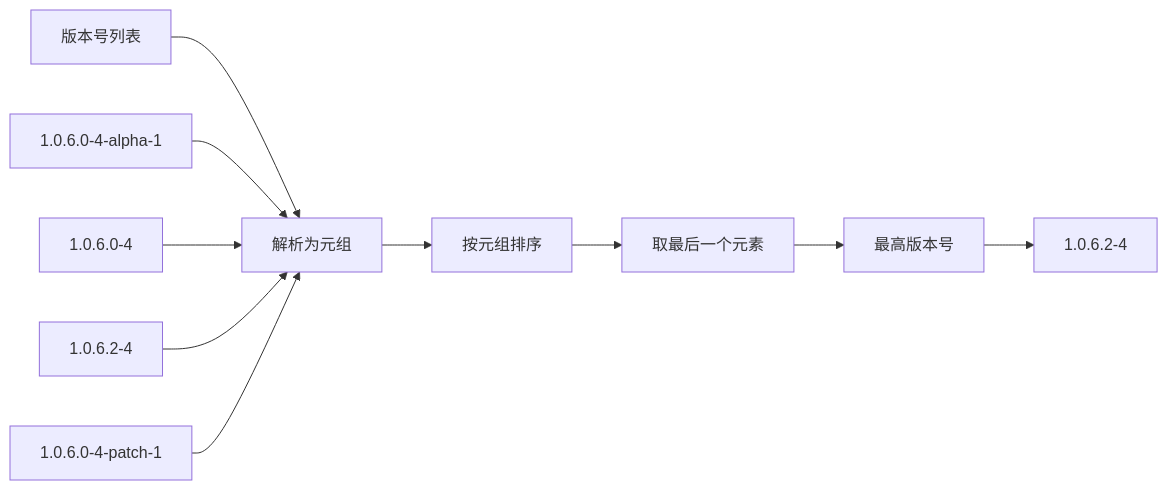
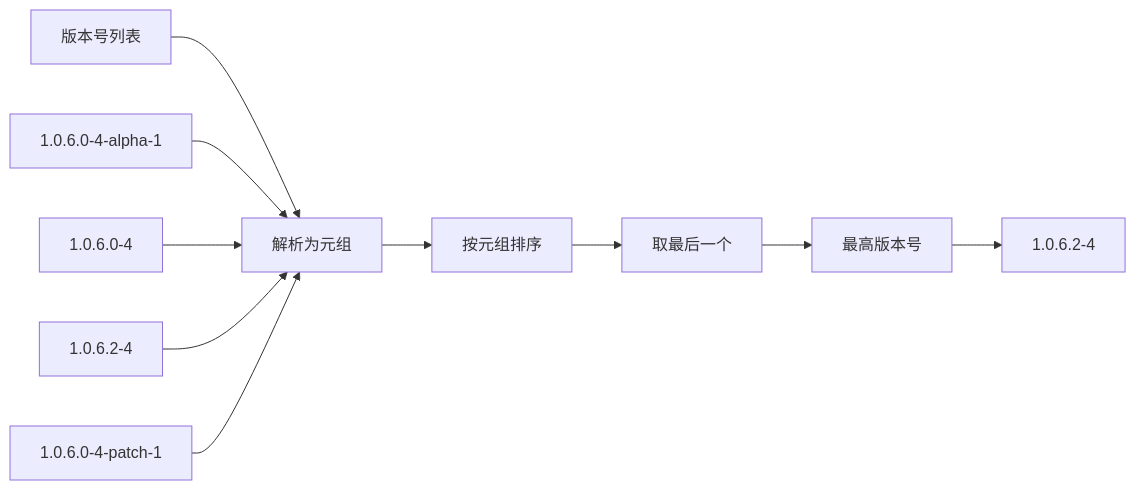
Diagram 21 of 22 in 系统架构文档.md (weihang1258/dpiAutoExcel), drawn with Mermaid before and after one commit. The commit also changed other lines of this file and 1 other file, not shown here.

First line of the commit message:
docs: 优化流程图显示效果，统一字体大小

````diff
--- a/系统架构文档.md
+++ b/系统架构文档.md
@@ -650,14 +648,14 @@
 ```mermaid
 graph LR
     A[版本号列表] --> B[解析为元组]
     B --> C[按元组排序]
-    C --> D[取最后一个元素]
+    C --> D[取最后一个]
     D --> E[最高版本号]
     
     A1["1.0.6.0-4-alpha-1"] --> B
     A2["1.0.6.0-4"] --> B
     A3["1.0.6.2-4"] --> B
     A4["1.0.6.0-4-patch-1"] --> B
     
     E --> E1["1.0.6.2-4"]
 ```
````
